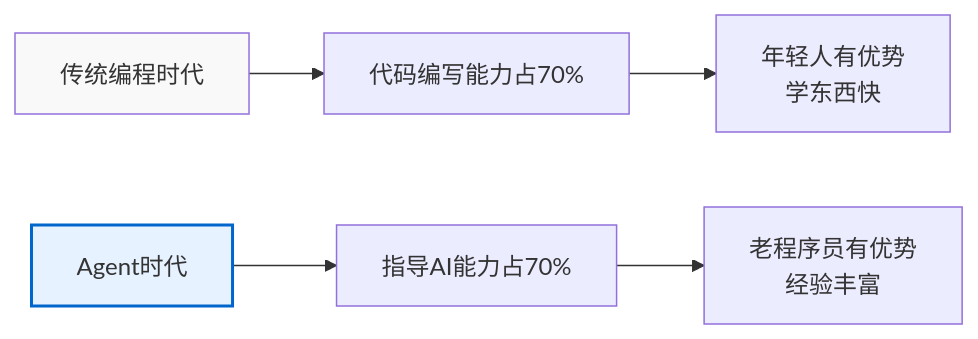
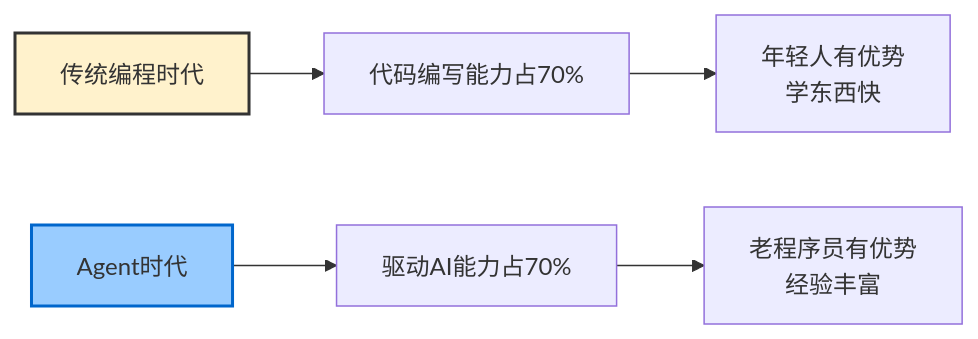
One commit to microwind/algorithms changed the sixth of 10 diagrams in start-here/Why-Programmers-35-Plus-Are-Thriving-in-AI-Era.md. Above: the diagram before and after it, drawn with Mermaid. The commit also changed other lines of this file and 1 other file, not shown here.

````diff
--- a/start-here/Why-Programmers-35-Plus-Are-Thriving-in-AI-Era.md
+++ b/start-here/Why-Programmers-35-Plus-Are-Thriving-in-AI-Era.md
@@ -306,11 +320,12 @@
 ```mermaid
 graph LR
     A["传统编程时代"] --> A1["代码编写能力占70%"]
     A1 --> A2["年轻人有优势<br/>学东西快"]
 
-    B["Agent时代"] --> B1["指导AI能力占70%"]
+    B["Agent时代"] --> B1["驱动AI能力占70%"]
     B1 --> B2["老程序员有优势<br/>经验丰富"]
 
-    style A fill:#f9f9f9
-    style B fill:#e6f2ff,stroke:#0066cc,stroke-width:2px
+
+    style A fill:#FFF2CC,stroke:#333,stroke-width:2px
+    style B fill:#99ccff,stroke:#0066cc,stroke-width:2px
 ```
````
